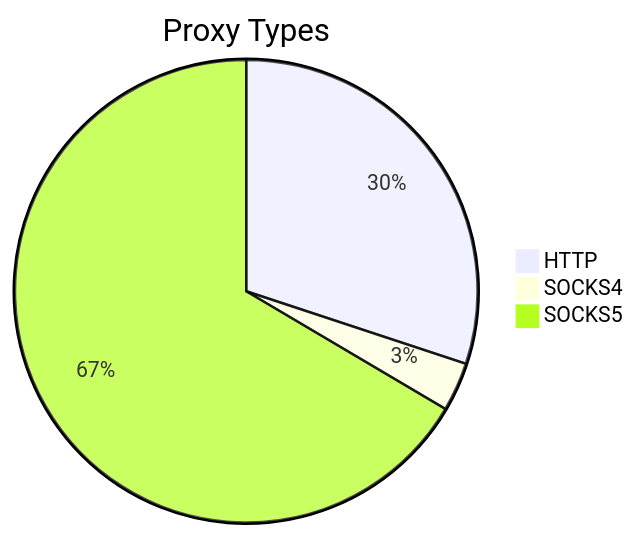
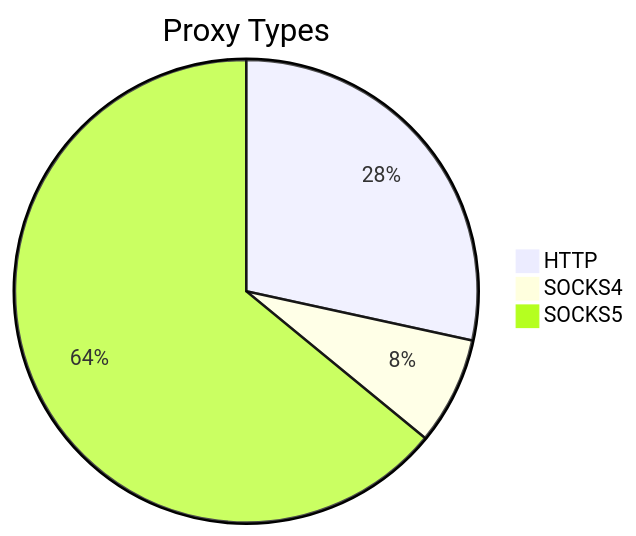
Before and after one commit to stormsia/proxy-list: the first of 2 diagrams in README.md, drawn with Mermaid. The commit also changed other lines of this file, not shown here.

````diff
--- a/README.md
+++ b/README.md
@@ -21,6 +21,6 @@
 ```mermaid
 pie title Proxy Types
-    "HTTP" : 123
-    "SOCKS4" : 14
-    "SOCKS5" : 272
+    "HTTP" : 189
+    "SOCKS4" : 50
+    "SOCKS5" : 426
 ```
````
